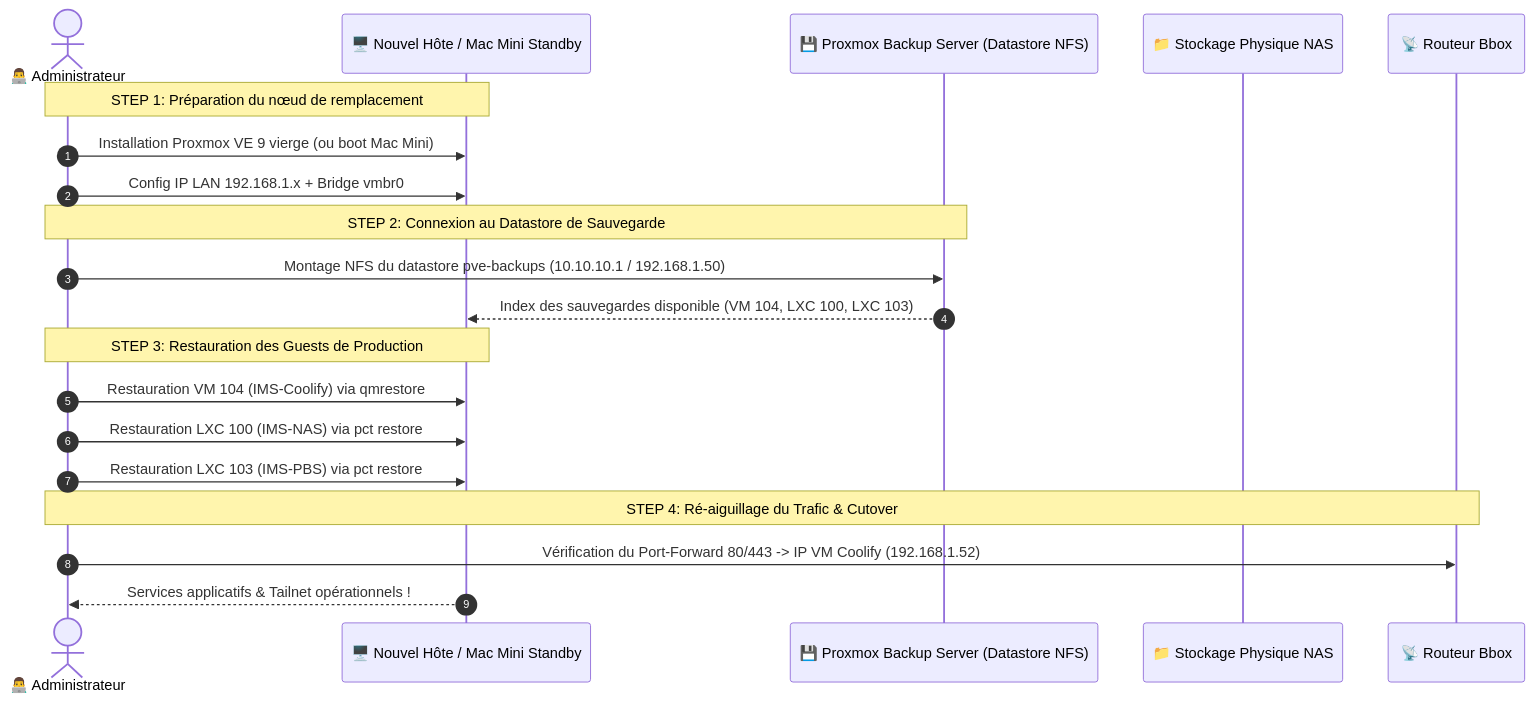
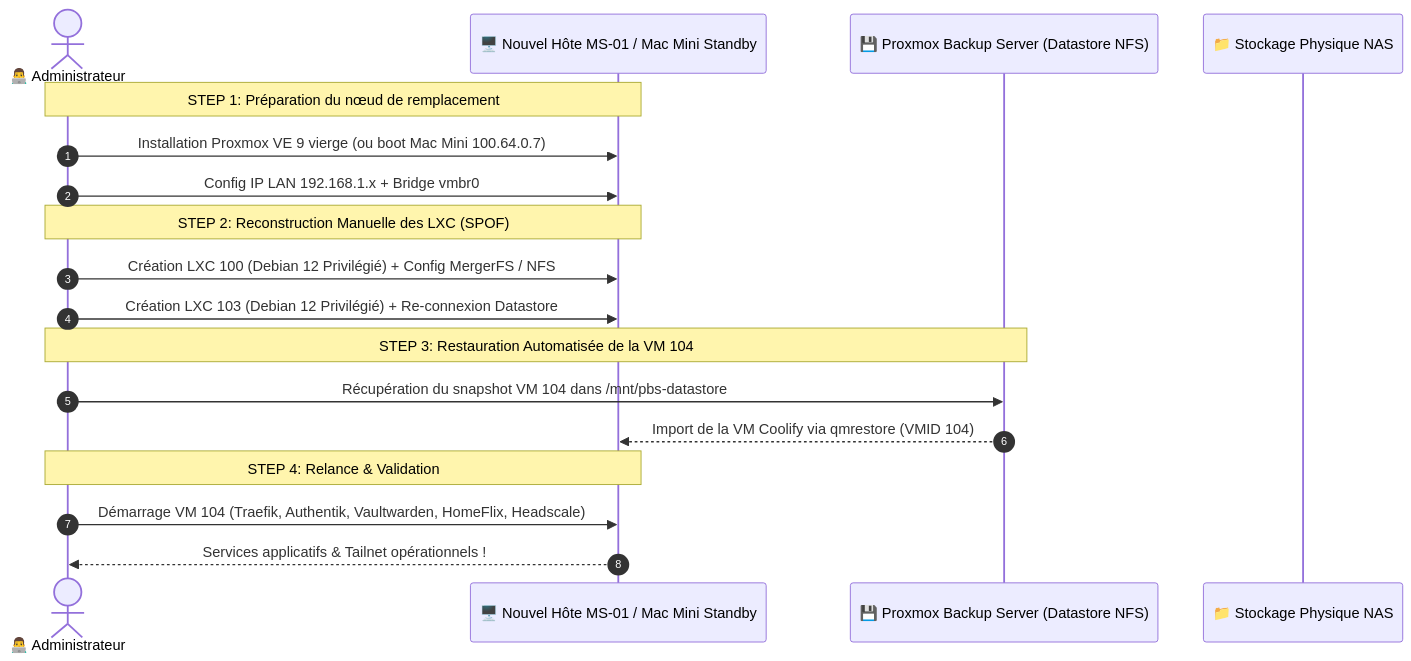
The diagram in procedures/plan-reprise-activite-pra.md (ims-world/docs), drawn with Mermaid before and after one commit. The commit also changed other lines of this file and 13 other files, not shown here.

````diff
--- a/procedures/plan-reprise-activite-pra.md
+++ b/procedures/plan-reprise-activite-pra.md
@@ -21,26 +28,24 @@
 ```mermaid
 sequenceDiagram
     autonumber
     actor Admin as 👨‍💻 Administrateur
-    participant Hardware as 🖥️ Nouvel Hôte / Mac Mini Standby
+    participant Hardware as 🖥️ Nouvel Hôte MS-01 / Mac Mini Standby
     participant PBS as 💾 Proxmox Backup Server (Datastore NFS)
     participant NAS as 📁 Stockage Physique NAS
-    participant Router as 📡 Routeur Bbox
 
     Note over Admin,Hardware: STEP 1: Préparation du nœud de remplacement
-    Admin->>Hardware: Installation Proxmox VE 9 vierge (ou boot Mac Mini)
+    Admin->>Hardware: Installation Proxmox VE 9 vierge (ou boot Mac Mini 100.64.0.7)
     Admin->>Hardware: Config IP LAN 192.168.1.x + Bridge vmbr0
 
-    Note over Admin,PBS: STEP 2: Connexion au Datastore de Sauvegarde
-    Admin->>PBS: Montage NFS du datastore pve-backups (10.10.10.1 / 192.168.1.50)
-    PBS-->>Hardware: Index des sauvegardes disponible (VM 104, LXC 100, LXC 103)
+    Note over Admin,Hardware: STEP 2: Reconstruction Manuelle des LXC (SPOF)
+    Admin->>Hardware: Création LXC 100 (Debian 12 Privilégié) + Config MergerFS / NFS
+    Admin->>Hardware: Création LXC 103 (Debian 12 Privilégié) + Re-connexion Datastore
 
-    Note over Admin,Hardware: STEP 3: Restauration des Guests de Production
-    Admin->>Hardware: Restauration VM 104 (IMS-Coolify) via qmrestore
-    Admin->>Hardware: Restauration LXC 100 (IMS-NAS) via pct restore
-    Admin->>Hardware: Restauration LXC 103 (IMS-PBS) via pct restore
+    Note over Admin,PBS: STEP 3: Restauration Automatisée de la VM 104
+    Admin->>PBS: Récupération du snapshot VM 104 dans /mnt/pbs-datastore
+    PBS-->>Hardware: Import de la VM Coolify via qmrestore (VMID 104)
 
-    Note over Admin,Router: STEP 4: Ré-aiguillage du Trafic & Cutover
-    Admin->>Router: Vérification du Port-Forward 80/443 -> IP VM Coolify (192.168.1.52)
+    Note over Admin,Hardware: STEP 4: Relance & Validation
+    Admin->>Hardware: Démarrage VM 104 (Traefik, Authentik, Vaultwarden, HomeFlix, Headscale)
     Hardware-->>Admin: Services applicatifs & Tailnet opérationnels !
 ```
````
